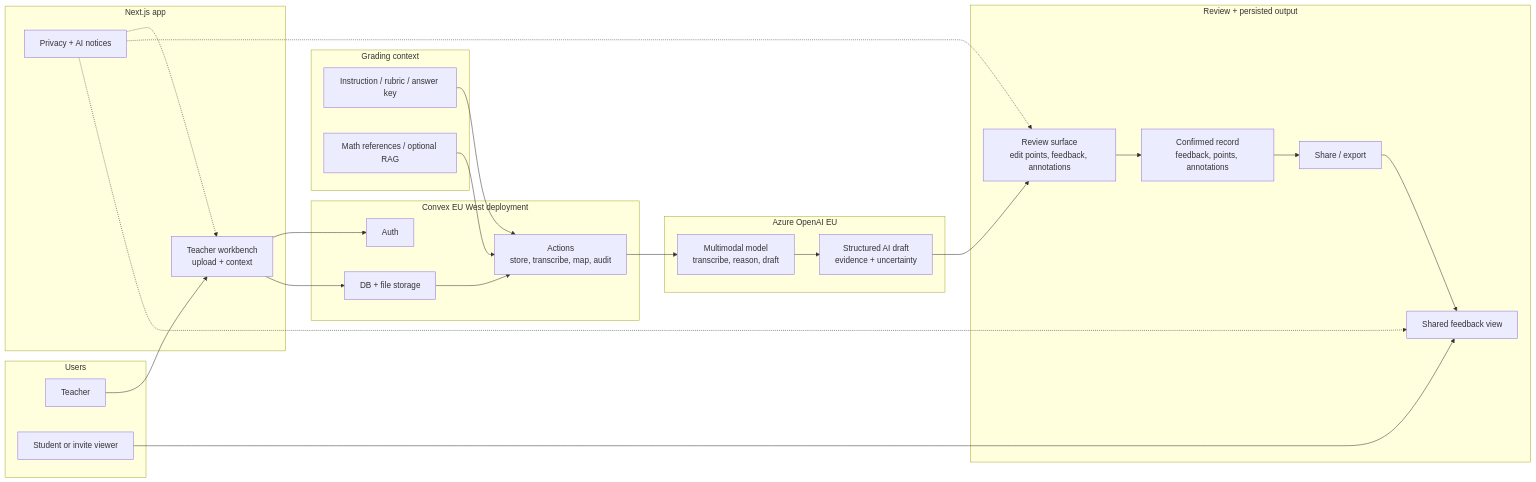
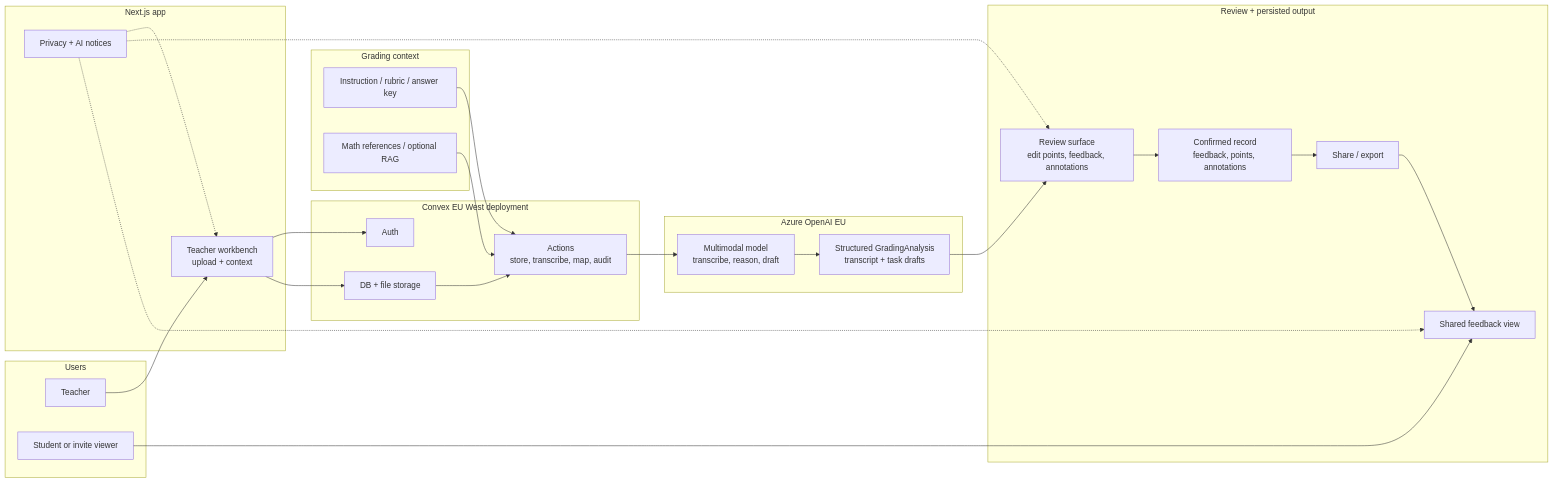
One commit to PunanePastakas/redpen changed the second of 3 diagrams in docs/architecture/system-model.md. Above: the diagram before and after it, drawn with Mermaid. The commit also changed other lines of this file and 32 other files, not shown here.

Commit message:
feat: streamline grading analysis workflow

````diff
--- a/docs/architecture/system-model.md
+++ b/docs/architecture/system-model.md
@@ -205,52 +205,52 @@
 ```mermaid
 flowchart LR
   subgraph users["Users"]
     teacher["Teacher"]
     student["Student or invite viewer"]
   end
 
   subgraph app["Next.js app"]
     workbench["Teacher workbench<br/>upload + context"]
     notices["Privacy + AI notices"]
   end
 
   subgraph context["Grading context"]
     teacherContext["Instruction / rubric / answer key"]
     references["Math references / optional RAG"]
   end
 
   subgraph convex["Convex EU West deployment"]
     auth["Auth"]
     data["DB + file storage"]
     actions["Actions<br/>store, transcribe, map, audit"]
   end
 
   subgraph ai["Azure OpenAI EU"]
     model["Multimodal model<br/>transcribe, reason, draft"]
-    draft["Structured AI draft<br/>evidence + uncertainty"]
+    draft["Structured GradingAnalysis<br/>transcript + task drafts"]
   end
 
   subgraph output["Review + persisted output"]
     review["Review surface<br/>edit points, feedback, annotations"]
     confirmed["Confirmed record<br/>feedback, points, annotations"]
     export["Share / export"]
     sharedView["Shared feedback view"]
   end
 
   teacher --> workbench
   workbench --> auth
   workbench --> data
   teacherContext --> actions
   references --> actions
   data --> actions
   actions --> model
   model --> draft
   draft --> review
   review --> confirmed
   confirmed --> export
   export --> sharedView
   student --> sharedView
   notices -.-> workbench
   notices -.-> review
   notices -.-> sharedView
 ```
````
